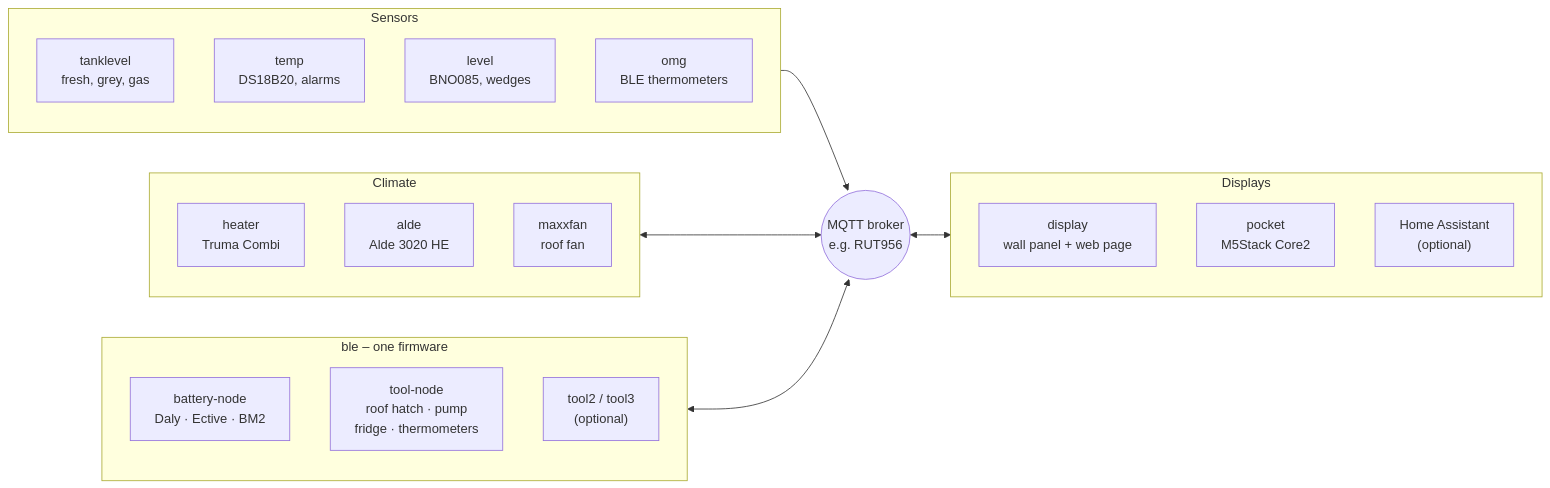
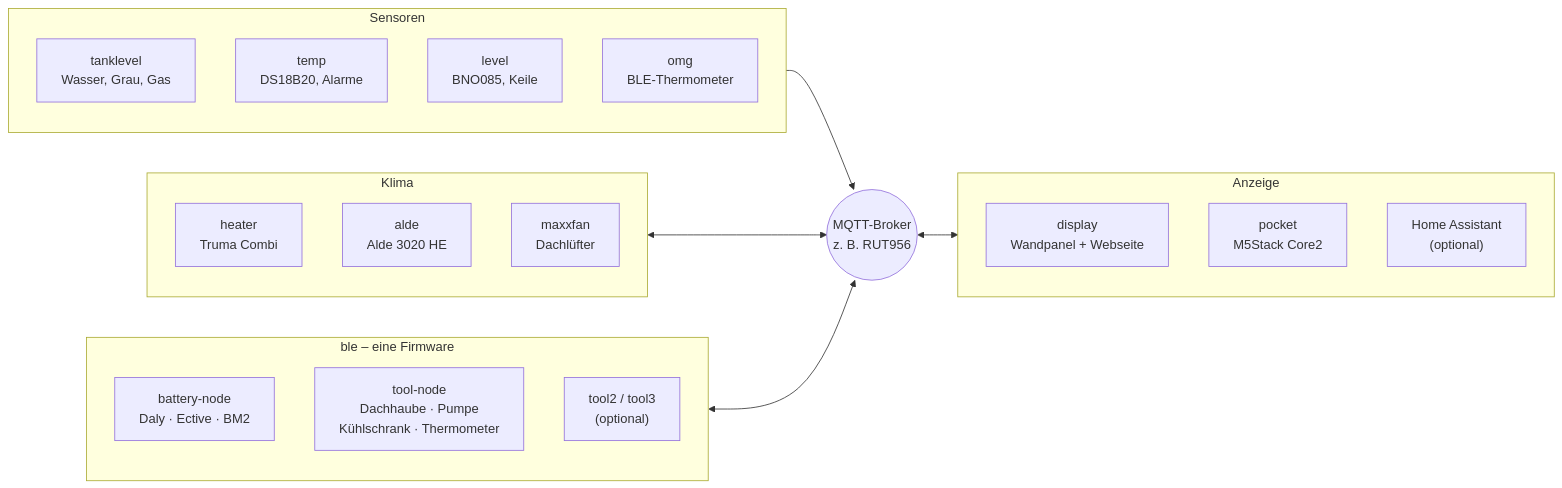
The diagram in README.md (hflocki/vannode), drawn with Mermaid before and after one commit. The commit also changed other lines of this file and 15 other files, not shown here.

````diff
--- a/README.md
+++ b/README.md
@@ -29,33 +27,33 @@
 ```mermaid
 flowchart LR
-  subgraph sens["Sensors"]
+  subgraph sens["Sensoren"]
     direction TB
-    tank["tanklevel<br/>fresh, grey, gas"]
-    temp["temp<br/>DS18B20, alarms"]
-    level["level<br/>BNO085, wedges"]
-    omg["omg<br/>BLE thermometers"]
+    tank["tanklevel<br/>Wasser, Grau, Gas"]
+    temp["temp<br/>DS18B20, Alarme"]
+    level["level<br/>BNO085, Keile"]
+    omg["omg<br/>BLE-Thermometer"]
   end
-  subgraph clim["Climate"]
+  subgraph clim["Klima"]
     direction TB
     heater["heater<br/>Truma Combi"]
     alde["alde<br/>Alde 3020 HE"]
-    fan["maxxfan<br/>roof fan"]
+    fan["maxxfan<br/>Dachlüfter"]
   end
-  subgraph ble["ble – one firmware"]
+  subgraph ble["ble – eine Firmware"]
     direction TB
     bat["battery-node<br/>Daly · Ective · BM2"]
-    tool["tool-node<br/>roof hatch · pump<br/>fridge · thermometers"]
+    tool["tool-node<br/>Dachhaube · Pumpe<br/>Kühlschrank · Thermometer"]
     more["tool2 / tool3<br/>(optional)"]
   end
-  broker(("MQTT broker<br/>e.g. RUT956"))
-  subgraph ui["Displays"]
+  broker(("MQTT-Broker<br/>z. B. RUT956"))
+  subgraph ui["Anzeige"]
     direction TB
-    display["display<br/>wall panel + web page"]
+    display["display<br/>Wandpanel + Webseite"]
     rb["pocket<br/>M5Stack Core2"]
     ha["Home Assistant<br/>(optional)"]
   end
   sens --> broker
   clim <--> broker
   ble <--> broker
   broker <--> ui
 ```
````
